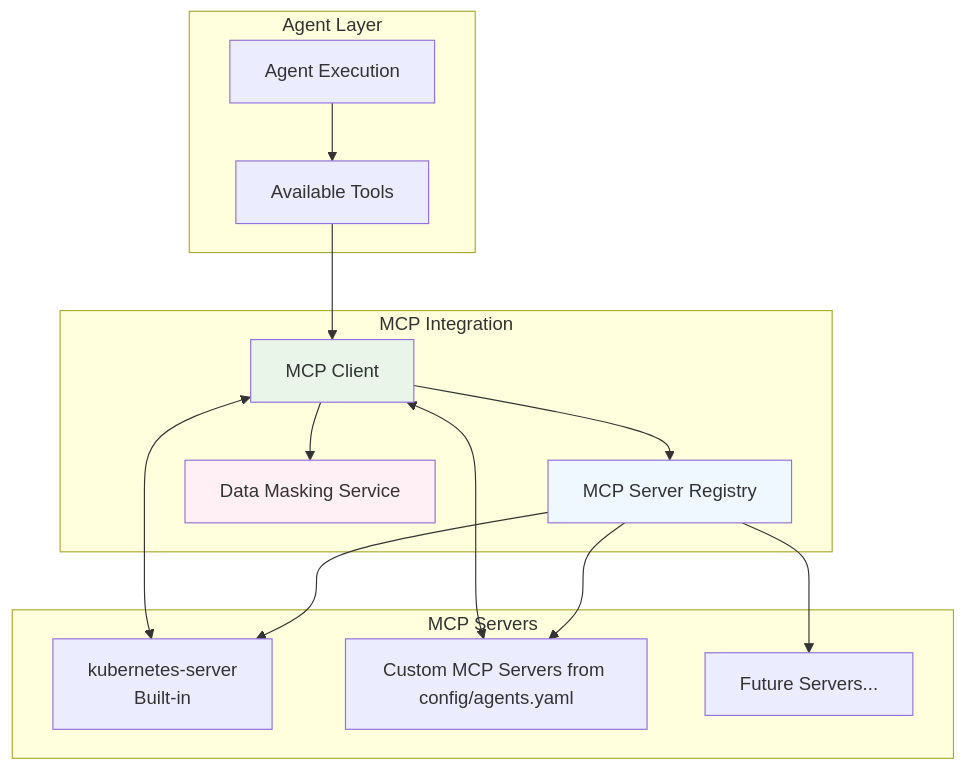
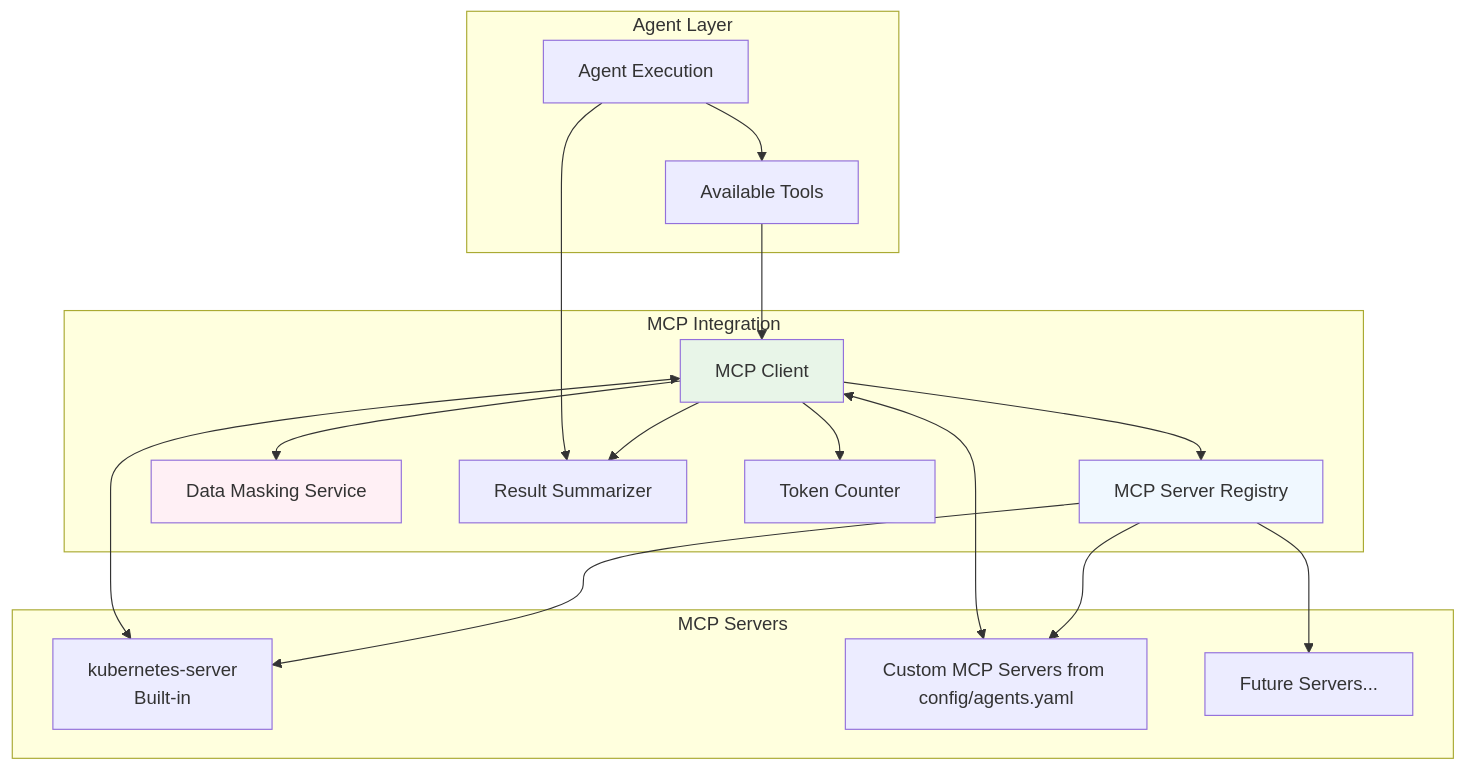
Before and after one commit to rsoaresd/tarsy-bot: the fifth of 10 diagrams in docs/functional-areas-design.md, drawn with Mermaid. The commit also changed other lines of this file and 3 other files, not shown here.

````diff
--- a/docs/functional-areas-design.md
+++ b/docs/functional-areas-design.md
@@ -474,35 +474,40 @@
 ```mermaid
 graph TB
     subgraph "Agent Layer"
         Agent[Agent Execution]
         Tools[Available Tools]
     end
     
     subgraph "MCP Integration"
         Client[MCP Client]
         Registry[MCP Server Registry]
         Masking[Data Masking Service]
+        Summarizer[Result Summarizer]
+        TokenCounter[Token Counter]
     end
     
     subgraph "MCP Servers"
         K8s[kubernetes-server<br/>Built-in]
         Custom[Custom MCP Servers from config/agents.yaml]
         Future[Future Servers...]
     end
     
     Agent --> Tools
     Tools --> Client
     Client --> Registry
     Client --> Masking
+    Client --> Summarizer
+    Client --> TokenCounter
+    Agent --> Summarizer
     
     Registry --> K8s
     Registry --> Custom
     Registry --> Future
     
     Client <--> K8s
     Client <--> Custom
     
     style Client fill:#e8f5e8
     style Registry fill:#f0f8ff
     style Masking fill:#fff0f5
 ```
````
